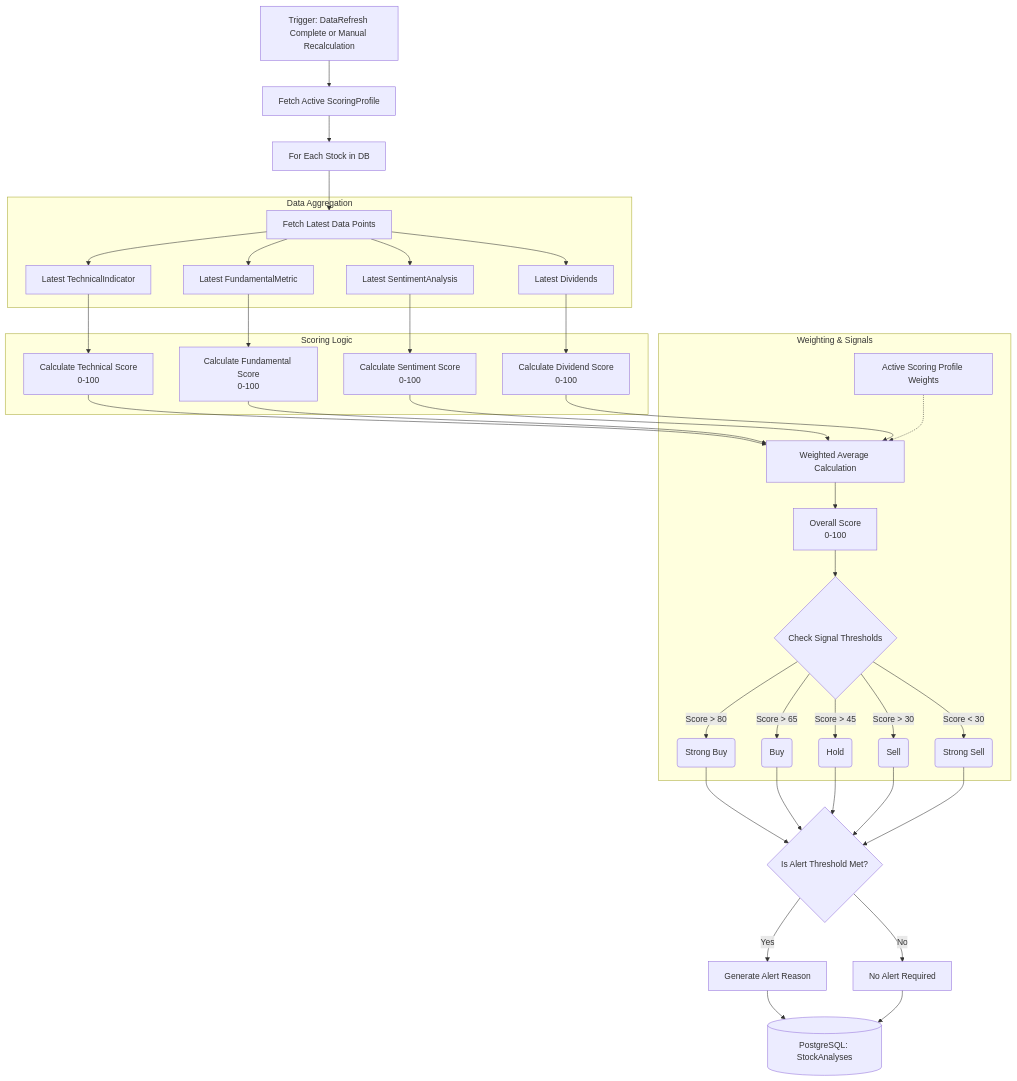
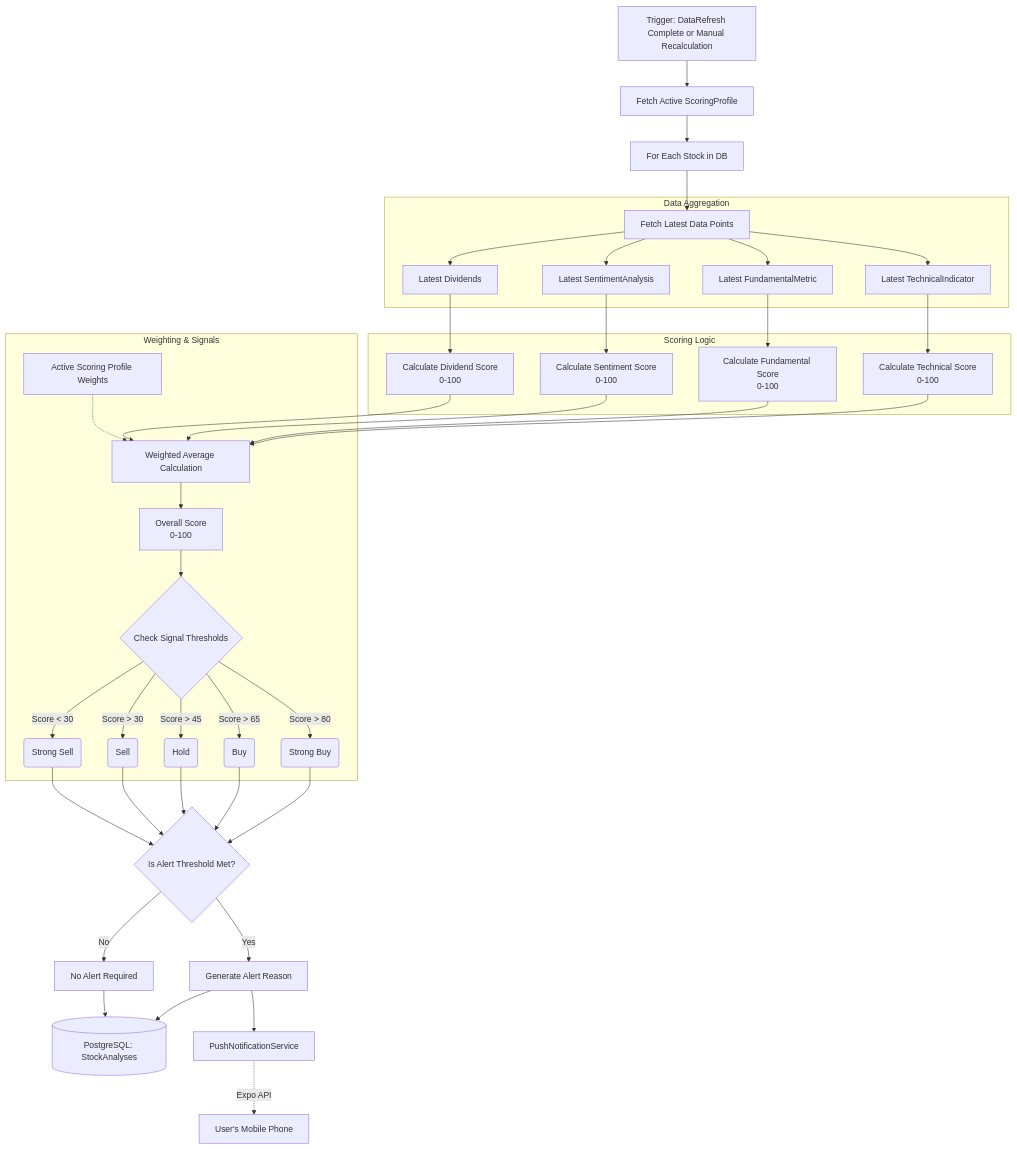
One commit to kausaur/stockfinder changed the diagram in docs/analysis_engine_flow.md. Above: the diagram before and after it, drawn with Mermaid. The commit also changed 5 other files, not shown here.

````diff
--- a/docs/analysis_engine_flow.md
+++ b/docs/analysis_engine_flow.md
@@ -7,53 +7,56 @@
 ```mermaid
 graph TD
     Trigger[Trigger: DataRefresh Complete or Manual Recalculation] --> GetProfile
     
     GetProfile[Fetch Active ScoringProfile] --> IterateStocks
     
     IterateStocks[For Each Stock in DB] --> FetchData
     
     subgraph Data Aggregation
         FetchData[Fetch Latest Data Points]
         FetchData --> TData[Latest TechnicalIndicator]
         FetchData --> FData[Latest FundamentalMetric]
         FetchData --> SData[Latest SentimentAnalysis]
         FetchData --> DData[Latest Dividends]
     end
     
     subgraph Scoring Logic
         TData --> TScore[Calculate Technical Score<br>0-100]
         FData --> FScore[Calculate Fundamental Score<br>0-100]
         SData --> SScore[Calculate Sentiment Score<br>0-100]
         DData --> DScore[Calculate Dividend Score<br>0-100]
     end
     
     subgraph Weighting & Signals
         TScore --> Weighting
         FScore --> Weighting
         SScore --> Weighting
         DScore --> Weighting
         
         Profile[Active Scoring Profile Weights] -.-> Weighting
         
         Weighting[Weighted Average Calculation] --> FinalScore[Overall Score<br>0-100]
         FinalScore --> Thresholds{Check Signal Thresholds}
         
         Thresholds -->|Score > 80| StrongBuy(Strong Buy)
         Thresholds -->|Score > 65| Buy(Buy)
         Thresholds -->|Score > 45| Hold(Hold)
         Thresholds -->|Score > 30| Sell(Sell)
         Thresholds -->|Score < 30| StrongSell(Strong Sell)
     end
     
     StrongBuy --> Alert{Is Alert Threshold Met?}
     Buy --> Alert
     Hold --> Alert
     Sell --> Alert
     StrongSell --> Alert
     
     Alert -->|Yes| SaveAlert[Generate Alert Reason]
     Alert -->|No| SaveNormal[No Alert Required]
     
     SaveAlert --> DB[(PostgreSQL: StockAnalyses)]
     SaveNormal --> DB
+    
+    SaveAlert --> Push[PushNotificationService]
+    Push -.->|Expo API| MobileDevice[User's Mobile Phone]
 ```
````
